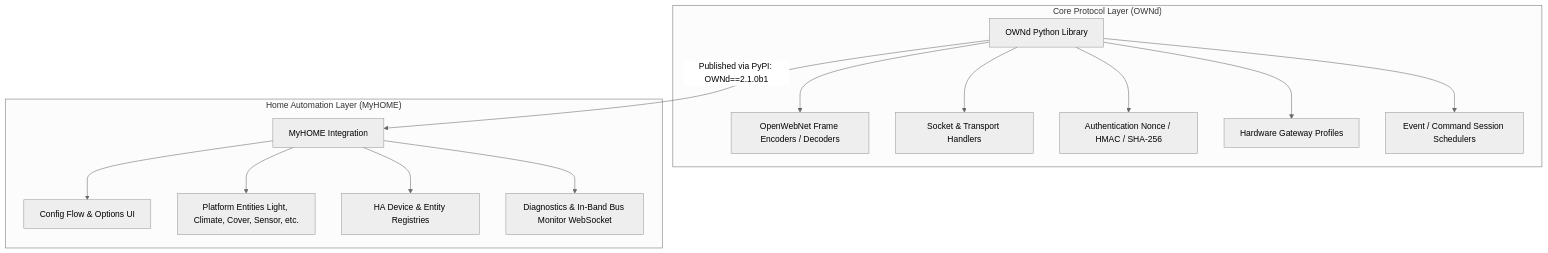
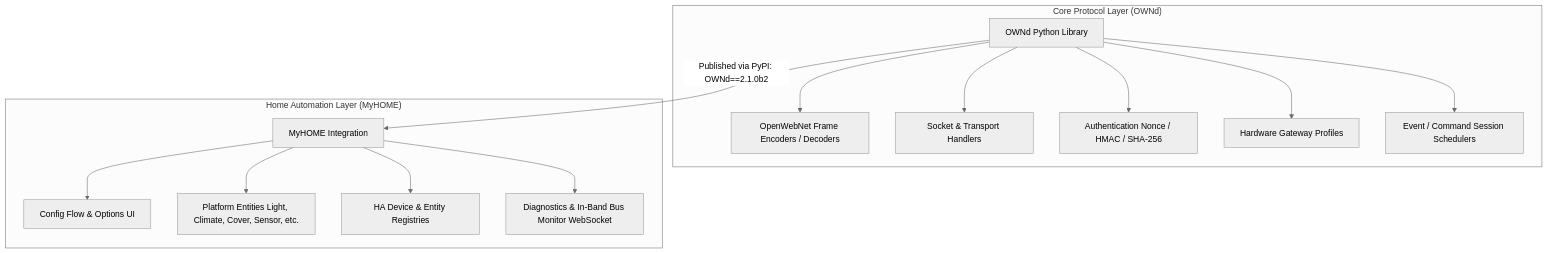
Before and after one commit to OpenWebNet-HA/MyHOME: the first of 2 diagrams in docs/architecture/anti-drift-safeguards.md, drawn with Mermaid (neutral theme). The commit also changed other lines of this file and 26 other files, not shown here.

````diff
--- a/docs/architecture/anti-drift-safeguards.md
+++ b/docs/architecture/anti-drift-safeguards.md
@@ -11,19 +11,19 @@
 ```mermaid
 graph TD
     subgraph "Core Protocol Layer (OWNd)"
         A[OWNd Python Library] --> A1[OpenWebNet Frame Encoders / Decoders]
         A --> A2[Socket & Transport Handlers]
         A --> A3[Authentication Nonce / HMAC / SHA-256]
         A --> A4[Hardware Gateway Profiles]
         A --> A5[Event / Command Session Schedulers]
     end
 
     subgraph "Home Automation Layer (MyHOME)"
         B[MyHOME Integration] --> B1[Config Flow & Options UI]
         B --> B2[Platform Entities Light, Climate, Cover, Sensor, etc.]
         B --> B3[HA Device & Entity Registries]
         B --> B4[Diagnostics & In-Band Bus Monitor WebSocket]
     end
 
-    A -->|Published via PyPI: OWNd==2.1.0b1| B
+    A -->|Published via PyPI: OWNd==2.1.0b2| B
 ```
````
